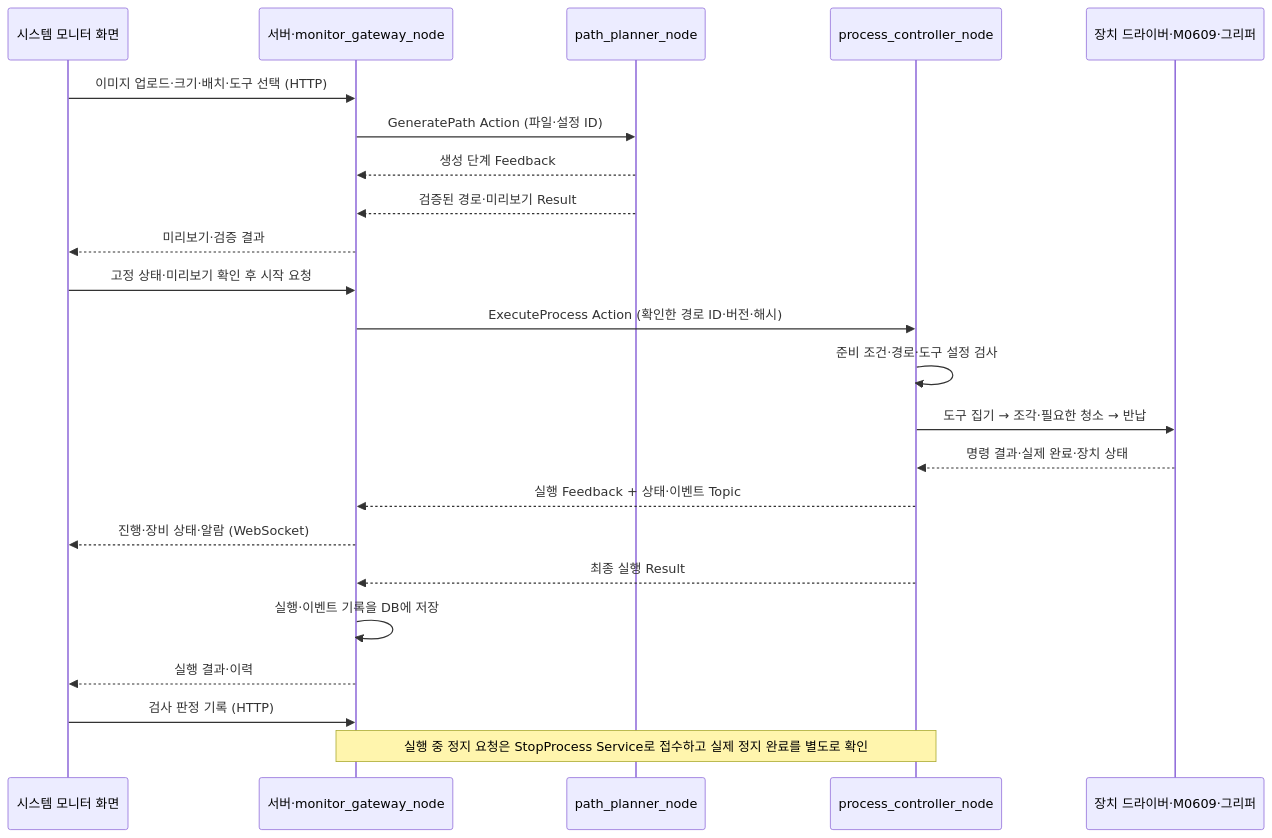
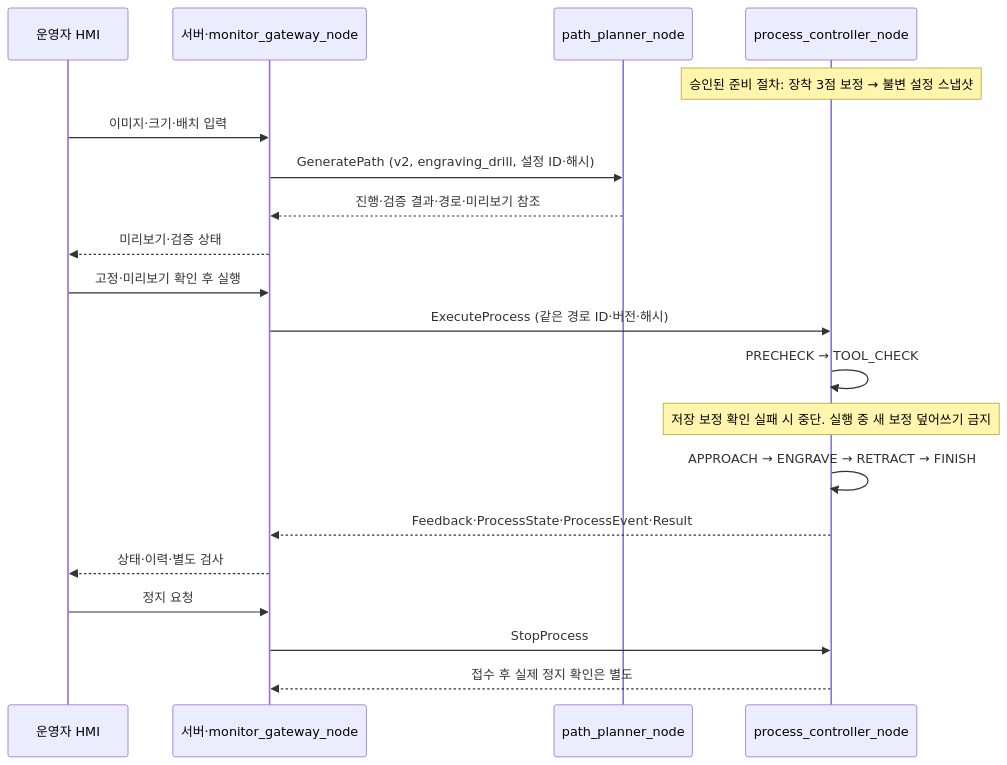
One commit to suuuhululu/C-2 changed the diagram in ws_cobot_pjt/docs/INTERFACE_GUIDE.md. Above: the diagram before and after it, drawn with Mermaid. The commit also changed other lines of this file and 52 other files, not shown here.

````diff
--- a/ws_cobot_pjt/docs/INTERFACE_GUIDE.md
+++ b/ws_cobot_pjt/docs/INTERFACE_GUIDE.md
@@ -35,25 +23,22 @@
 ```mermaid
 sequenceDiagram
-    participant UI as 시스템 모니터 화면
+    participant UI as 운영자 HMI
     participant M as 서버·monitor_gateway_node
     participant P as path_planner_node
     participant C as process_controller_node
-    participant H as 장치 드라이버·M0609·그리퍼
-    UI->>M: 이미지 업로드·크기·배치·도구 선택 (HTTP)
-    M->>P: GeneratePath Action (파일·설정 ID)
-    P-->>M: 생성 단계 Feedback
-    P-->>M: 검증된 경로·미리보기 Result
-    M-->>UI: 미리보기·검증 결과
-    UI->>M: 고정 상태·미리보기 확인 후 시작 요청
-    M->>C: ExecuteProcess Action (확인한 경로 ID·버전·해시)
-    C->>C: 준비 조건·경로·도구 설정 검사
-    C->>H: 도구 집기 → 조각·필요한 청소 → 반납
-    H-->>C: 명령 결과·실제 완료·장치 상태
-    C-->>M: 실행 Feedback + 상태·이벤트 Topic
-    M-->>UI: 진행·장비 상태·알람 (WebSocket)
-    C-->>M: 최종 실행 Result
-    M->>M: 실행·이벤트 기록을 DB에 저장
-    M-->>UI: 실행 결과·이력
-    UI->>M: 검사 판정 기록 (HTTP)
-    Note over M,C: 실행 중 정지 요청은 StopProcess Service로 접수하고 실제 정지 완료를 별도로 확인
+    Note over C: 승인된 준비 절차: 장착 3점 보정 → 불변 설정 스냅샷
+    UI->>M: 이미지·크기·배치 입력
+    M->>P: GeneratePath (v2, engraving_drill, 설정 ID·해시)
+    P-->>M: 진행·검증 결과·경로·미리보기 참조
+    M-->>UI: 미리보기·검증 상태
+    UI->>M: 고정·미리보기 확인 후 실행
+    M->>C: ExecuteProcess (같은 경로 ID·버전·해시)
+    C->>C: PRECHECK → TOOL_CHECK
+    Note over C: 저장 보정 확인 실패 시 중단. 실행 중 새 보정 덮어쓰기 금지
+    C->>C: APPROACH → ENGRAVE → RETRACT → FINISH
+    C-->>M: Feedback·ProcessState·ProcessEvent·Result
+    M-->>UI: 상태·이력·별도 검사
+    UI->>M: 정지 요청
+    M->>C: StopProcess
+    C-->>M: 접수 후 실제 정지 확인은 별도
 ```
````
